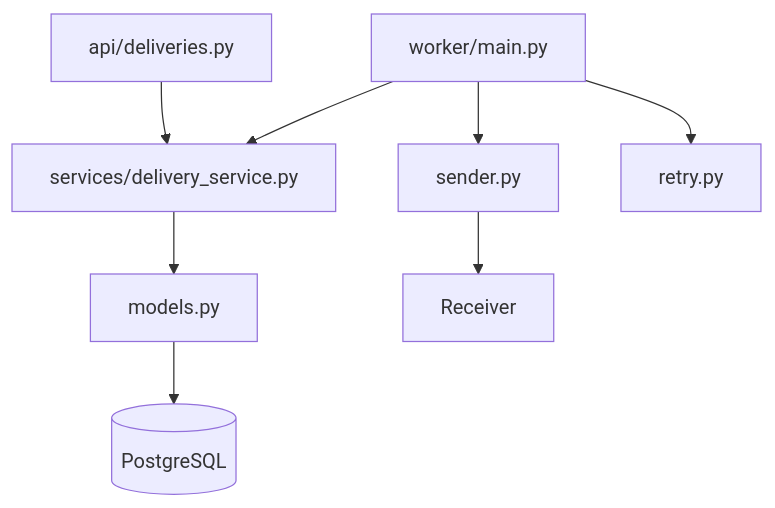
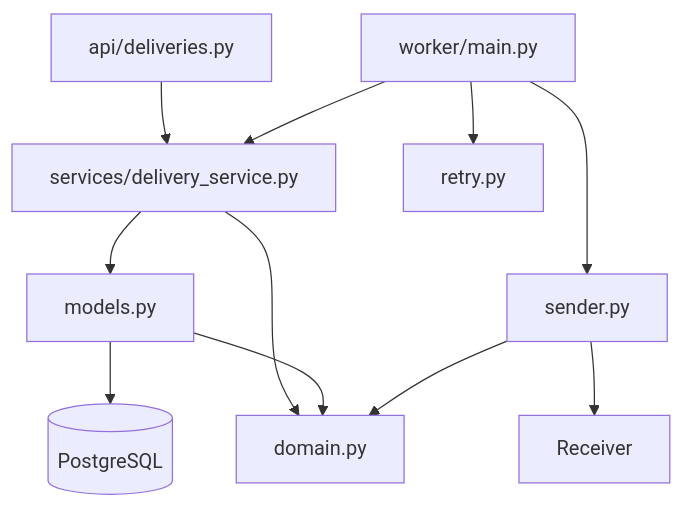
The second of 7 diagrams in ARCHITECTURE.md (DucAnhLe1992/webhook-delivery-service), drawn with Mermaid before and after one commit. The commit also changed other lines of this file and 23 other files, not shown here.

````diff
--- a/ARCHITECTURE.md
+++ b/ARCHITECTURE.md
@@ -68,10 +69,13 @@
 ```mermaid
 flowchart TD
     API[api/deliveries.py] --> SVC[services/delivery_service.py]
     WRK[worker/main.py] --> SVC
     WRK --> SND[sender.py]
     WRK --> RTY[retry.py]
     SVC --> MOD[models.py]
     MOD --> DB[(PostgreSQL)]
     SND --> RCV[Receiver]
+    SVC --> DOM[domain.py]
+    MOD --> DOM
+    SND --> DOM
 ```
````
